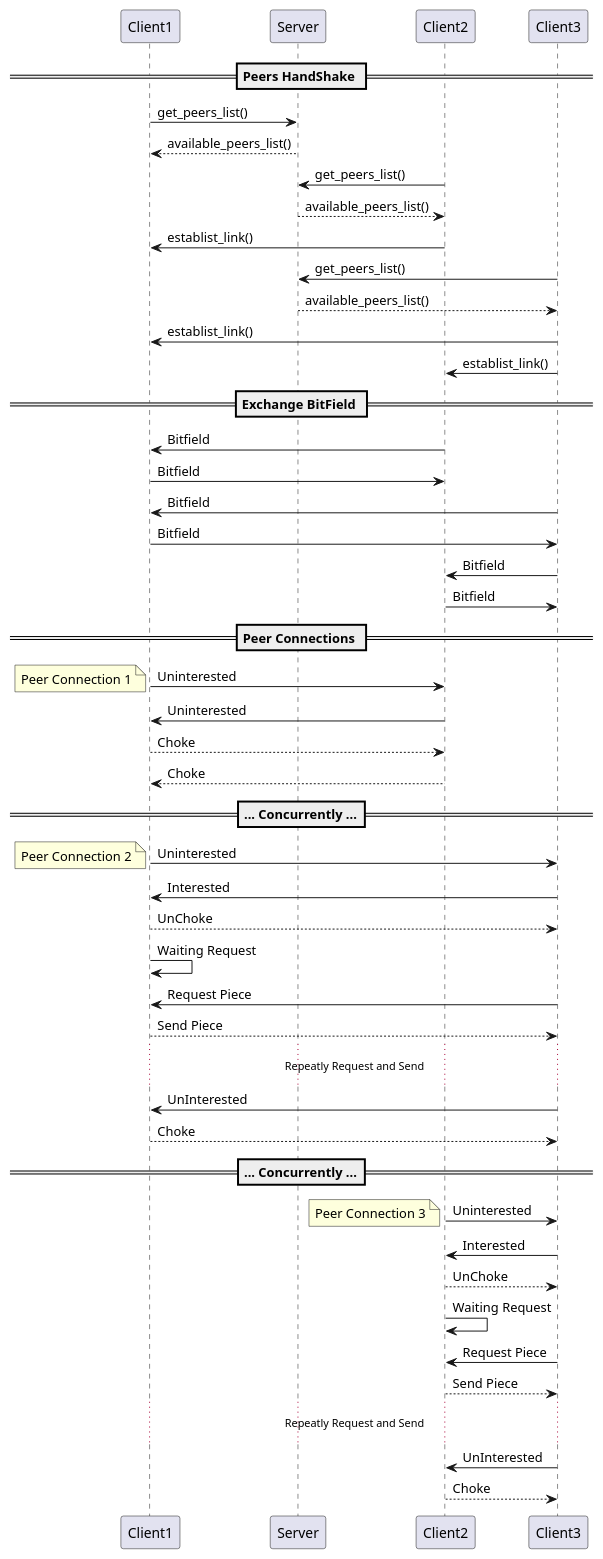
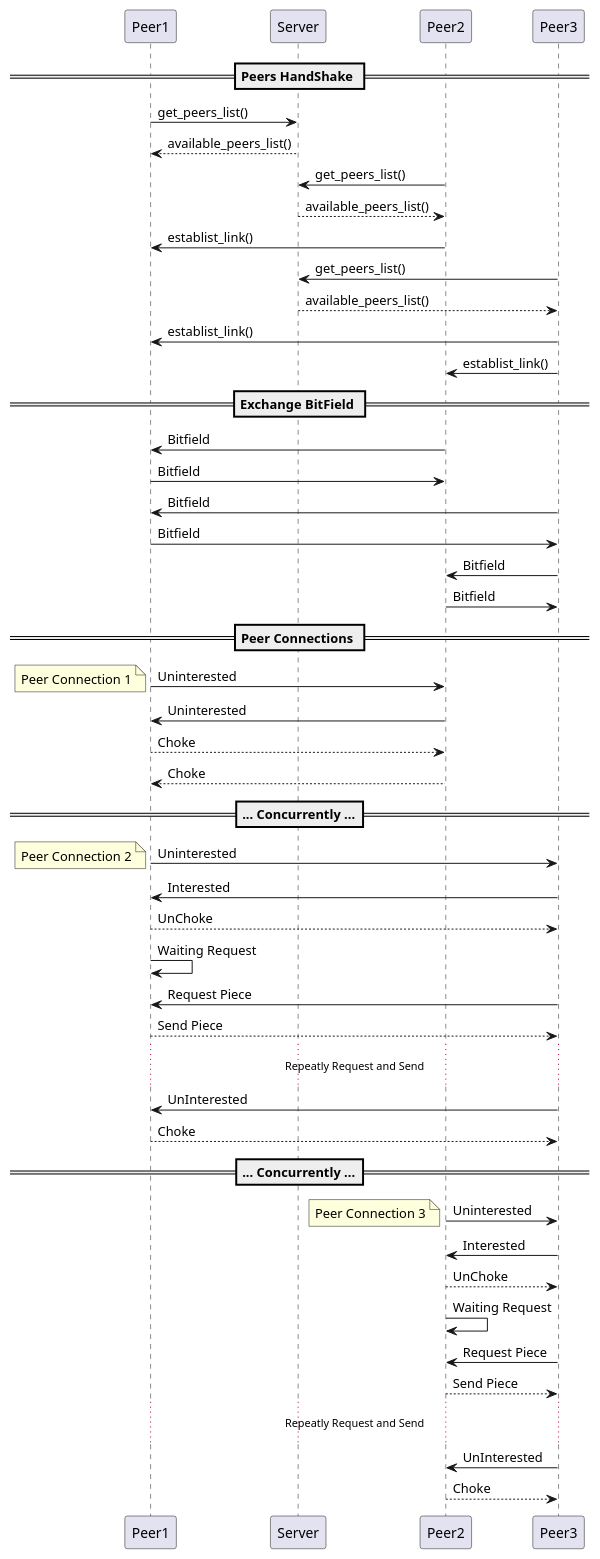
One commit to YanB25/p2p-demo changed the diagram in report/demo1.pu. Above: the diagram before and after it, drawn with PlantUML. The commit also changed 9 other files, not shown here.

Commit message:
C/S模式基本实现+实验报告加入时序图

```diff
--- a/report/demo1.pu
+++ b/report/demo1.pu
@@ -1,47 +1,47 @@
 @startuml C3RequestC2C1
 == Peers HandShake ==
-Client1 -> Server: get_peers_list()
-Server --> Client1: available_peers_list()
-Client2 -> Server: get_peers_list()
-Server --> Client2: available_peers_list()
-Client2 -> Client1: establist_link()
-Client3 -> Server: get_peers_list()
-Server --> Client3: available_peers_list()
-Client3 -> Client1: establist_link()
-Client3 -> Client2: establist_link()
+Peer1 -> Server: get_peers_list()
+Server --> Peer1: available_peers_list()
+Peer2 -> Server: get_peers_list()
+Server --> Peer2: available_peers_list()
+Peer2 -> Peer1: establist_link()
+Peer3 -> Server: get_peers_list()
+Server --> Peer3: available_peers_list()
+Peer3 -> Peer1: establist_link()
+Peer3 -> Peer2: establist_link()
 == Exchange BitField == 
-Client2 -> Client1: Bitfield
-Client1 -> Client2: Bitfield
-Client3 -> Client1: Bitfield
-Client1 -> Client3: Bitfield
-Client3 -> Client2: Bitfield
-Client2 -> Client3: Bitfield
+Peer2 -> Peer1: Bitfield
+Peer1 -> Peer2: Bitfield
+Peer3 -> Peer1: Bitfield
+Peer1 -> Peer3: Bitfield
+Peer3 -> Peer2: Bitfield
+Peer2 -> Peer3: Bitfield
 == Peer Connections ==
-Client1 -> Client2: Uninterested
+Peer1 -> Peer2: Uninterested
 note left: Peer Connection 1
-Client2 -> Client1: Uninterested
-Client1 --> Client2: Choke
-Client2 --> Client1: Choke
+Peer2 -> Peer1: Uninterested
+Peer1 --> Peer2: Choke
+Peer2 --> Peer1: Choke
 == ... Concurrently ...==
-Client1 -> Client3: Uninterested
+Peer1 -> Peer3: Uninterested
 note left: Peer Connection 2
-Client3 -> Client1: Interested
-Client1 --> Client3: UnChoke
-Client1 -> Client1: Waiting Request
-Client3 -> Client1: Request Piece
-Client1 --> Client3: Send Piece
+Peer3 -> Peer1: Interested
+Peer1 --> Peer3: UnChoke
+Peer1 -> Peer1: Waiting Request
+Peer3 -> Peer1: Request Piece
+Peer1 --> Peer3: Send Piece
 ... Repeatly Request and Send ...
-Client3 -> Client1: UnInterested
-Client1 --> Client3: Choke
+Peer3 -> Peer1: UnInterested
+Peer1 --> Peer3: Choke
 == ... Concurrently ...==
-Client2 -> Client3: Uninterested
+Peer2 -> Peer3: Uninterested
 note left: Peer Connection 3
-Client3 -> Client2: Interested
-Client2 --> Client3: UnChoke
-Client2 -> Client2: Waiting Request
-Client3 -> Client2: Request Piece
-Client2 --> Client3: Send Piece
+Peer3 -> Peer2: Interested
+Peer2 --> Peer3: UnChoke
+Peer2 -> Peer2: Waiting Request
+Peer3 -> Peer2: Request Piece
+Peer2 --> Peer3: Send Piece
 ... Repeatly Request and Send ...
-Client3 -> Client2: UnInterested
-Client2 --> Client3: Choke
+Peer3 -> Peer2: UnInterested
+Peer2 --> Peer3: Choke
 @enduml
```
